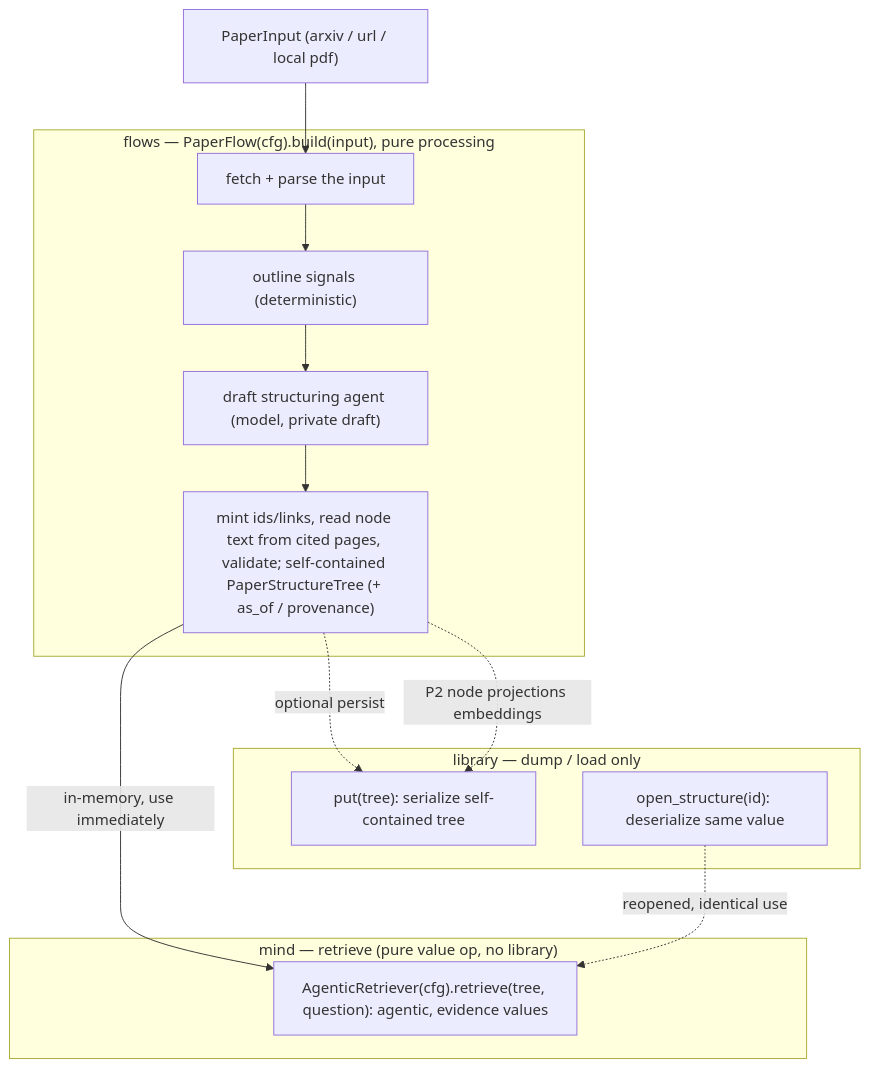
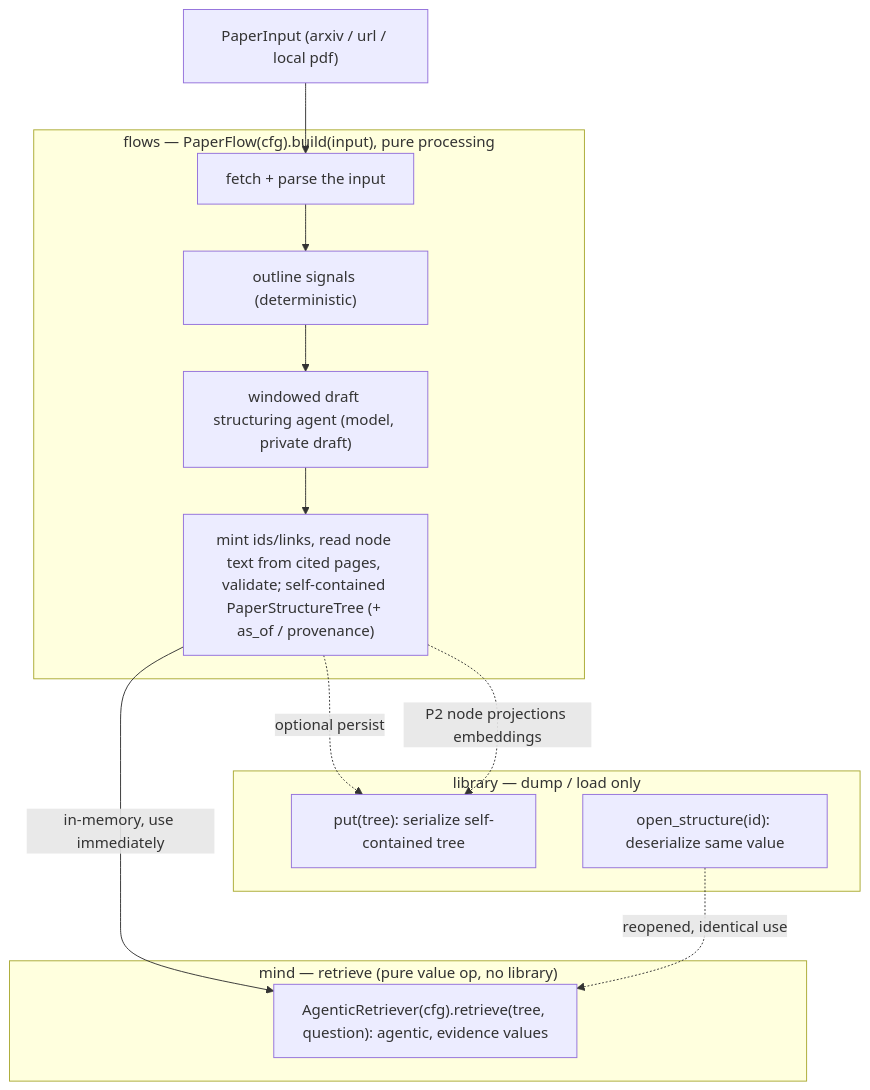
The diagram in contexts/design/mind/retrieval.md (LLMQuant/quant-mind), drawn with Mermaid before and after one commit. The commit also changed other lines of this file and 7 other files, not shown here.

Commit message:
feat(flows): draft paper structure from full page text in bounded windows

````diff
--- a/contexts/design/mind/retrieval.md
+++ b/contexts/design/mind/retrieval.md
@@ -51,22 +51,22 @@
 ```mermaid
 flowchart TD
     IN["PaperInput (arxiv / url / local pdf)"]
     subgraph FLW["flows — PaperFlow(cfg).build(input), pure processing"]
         OPEN["fetch + parse the input"]
         OUT["outline signals (deterministic)"]
-        DRAFT["draft structuring agent (model, private draft)"]
+        DRAFT["windowed draft structuring agent (model, private draft)"]
         BUILD["mint ids/links, read node text from cited pages, validate; self-contained PaperStructureTree (+ as_of / provenance)"]
     end
     subgraph LIB["library — dump / load only"]
         PUT["put(tree): serialize self-contained tree"]
         OPENT["open_structure(id): deserialize same value"]
     end
     subgraph MND["mind — retrieve (pure value op, no library)"]
         RET["AgenticRetriever(cfg).retrieve(tree, question): agentic, evidence values"]
     end
     IN --> OPEN --> OUT --> DRAFT --> BUILD
     BUILD -->|in-memory, use immediately| RET
     BUILD -.->|optional persist| PUT
     OPENT -.->|reopened, identical use| RET
     BUILD -.->|P2 node projections embeddings| PUT
 ```
````
